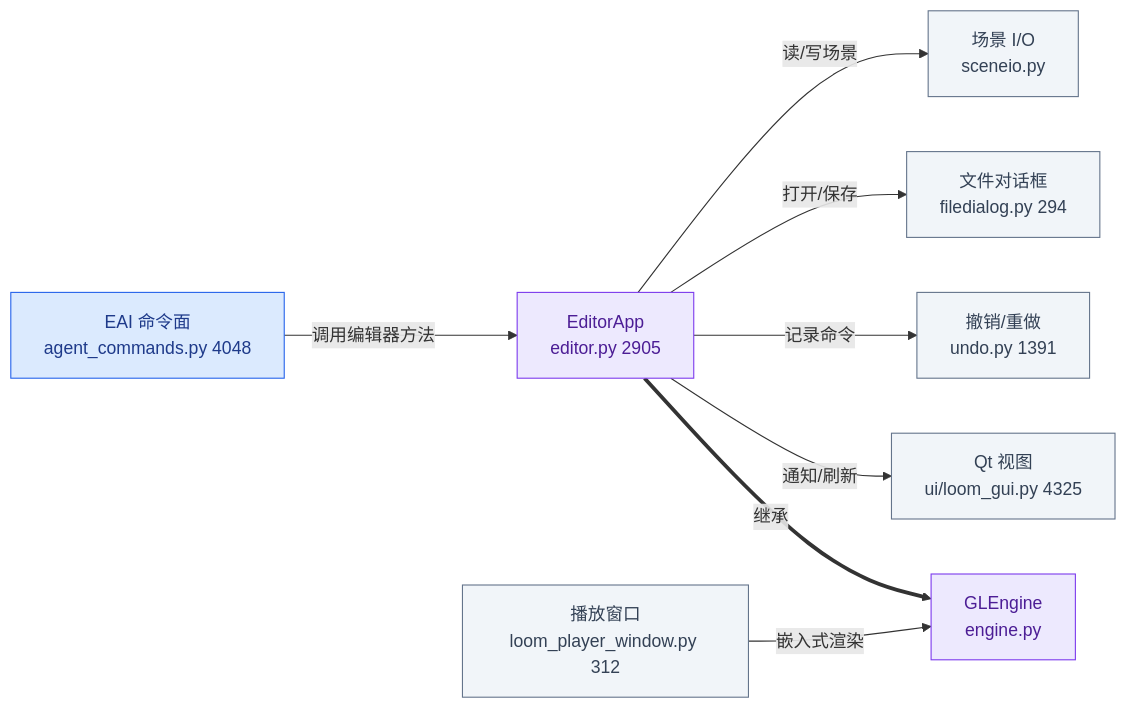
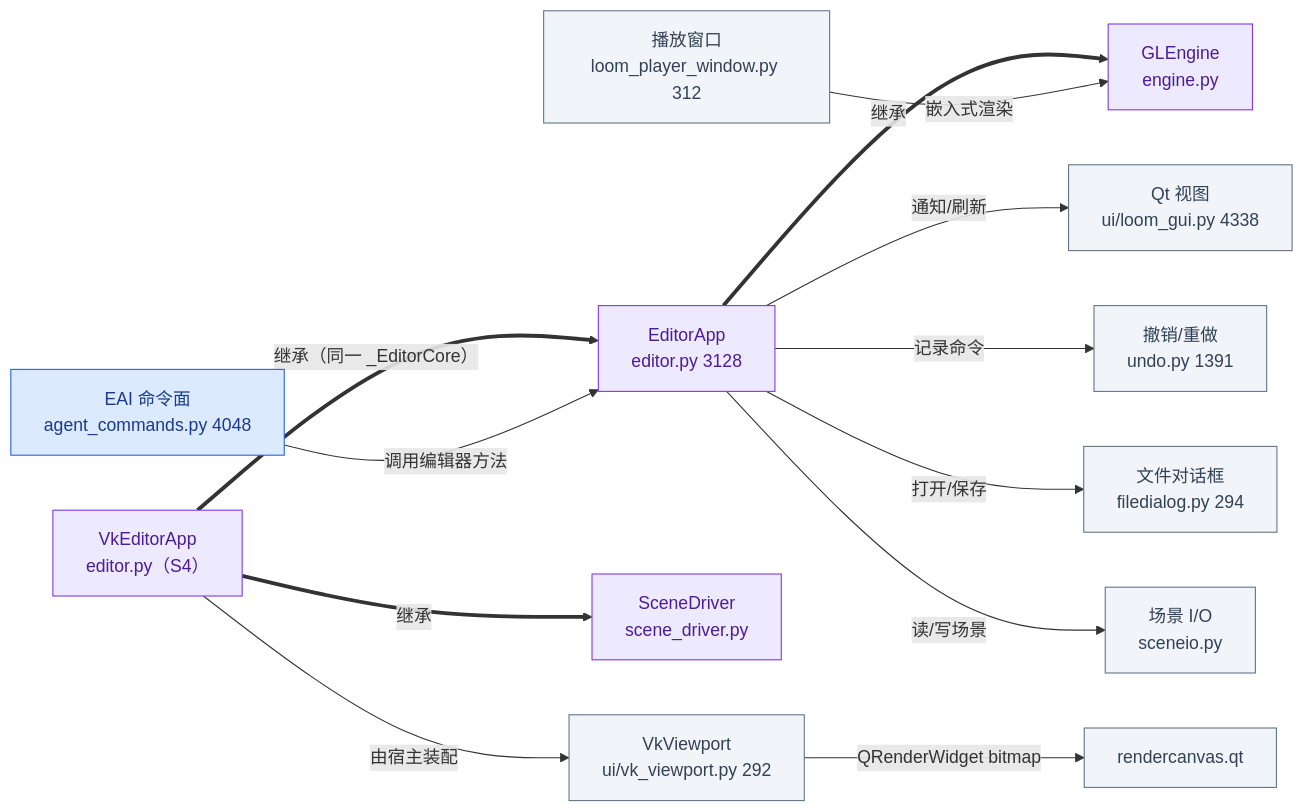
One commit to lhy302/WeaveEngine changed the ninth of 23 diagrams in ARCHITECTURE.md. Above: the diagram before and after it, drawn with Mermaid. The commit also changed other lines of this file and 9 other files, not shown here.

````diff
--- a/ARCHITECTURE.md
+++ b/ARCHITECTURE.md
@@ -405,21 +405,28 @@
 ```mermaid
 flowchart LR
-  ED["EditorApp<br/>editor.py 2905"]:::facade
+  ED["EditorApp<br/>editor.py 3128"]:::facade
   GE["GLEngine<br/>engine.py"]:::facade
-  V["Qt 视图<br/>ui/loom_gui.py 4325"]:::file
+  V["Qt 视图<br/>ui/loom_gui.py 4338"]:::file
   U["撤销/重做<br/>undo.py 1391"]:::file
   EAI["EAI 命令面<br/>agent_commands.py 4048"]:::entry
   FD["文件对话框<br/>filedialog.py 294"]:::file
   PW["播放窗口<br/>loom_player_window.py 312"]:::file
   S["场景 I/O<br/>sceneio.py"]:::file
   ED ==>|继承| GE
   ED -->|通知/刷新| V
+  VKE["VkEditorApp<br/>editor.py（S4）"]:::facade
+  SDV["SceneDriver<br/>scene_driver.py"]:::facade
+  VKV["VkViewport<br/>ui/vk_viewport.py 292"]:::file
+  VKE ==>|继承（同一 _EditorCore）| ED
+  VKE ==>|继承| SDV
+  VKE -->|由宿主装配| VKV
+  VKV -->|QRenderWidget bitmap| VKW["rendercanvas.qt"]:::file
   ED -->|记录命令| U
   EAI -->|调用编辑器方法| ED
   ED -->|打开/保存| FD
   ED -->|读/写场景| S
   PW -->|嵌入式渲染| GE
   classDef entry fill:#dbeafe,stroke:#2563eb,color:#1e3a8a
   classDef facade fill:#ede9fe,stroke:#7c3aed,color:#4c1d95
   classDef file fill:#f1f5f9,stroke:#64748b,color:#334155
 ```
````
